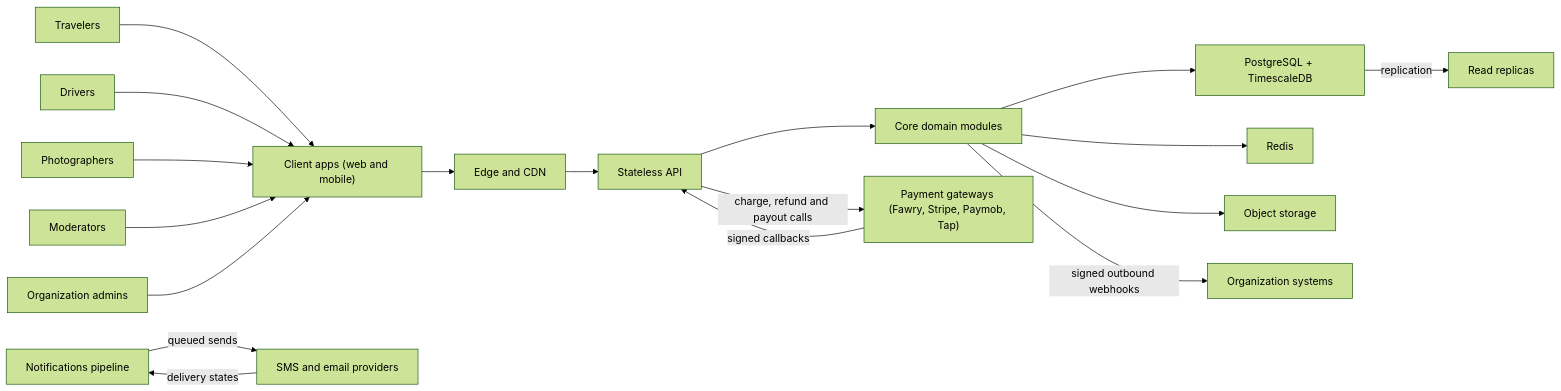
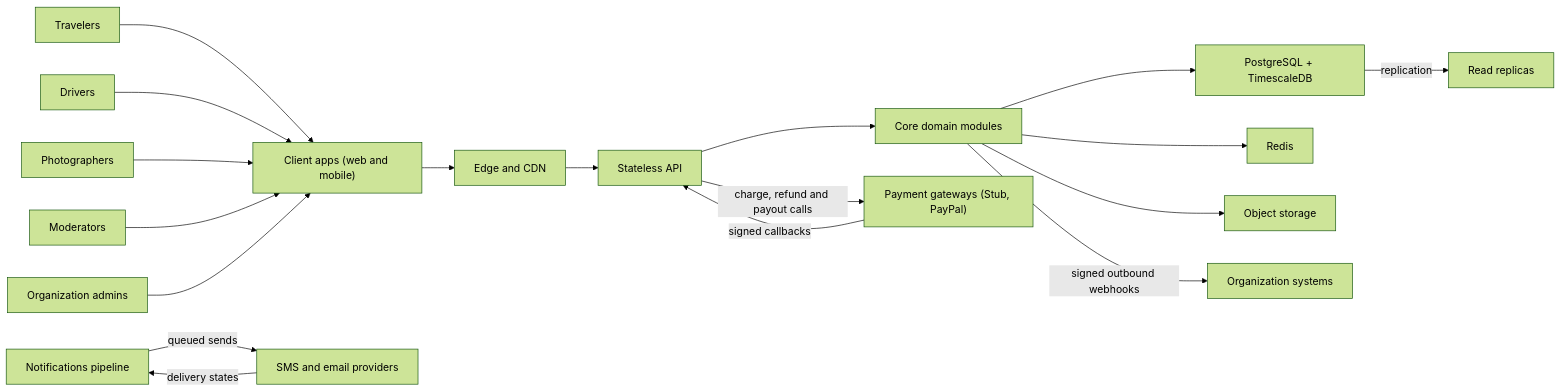
The second of 2 diagrams in content/docs/architecture/index.mdx (mohamedhabibwork/trips-enjoy-docs), drawn with Mermaid (forest theme) before and after one commit. The commit also changed other lines of this file and 117 other files, not shown here.

````diff
--- a/content/docs/architecture/index.mdx
+++ b/content/docs/architecture/index.mdx
@@ -115,20 +115,20 @@
 ```mermaid
 flowchart LR
   T[Travelers] --> Apps
   D[Drivers] --> Apps
   PH[Photographers] --> Apps
   MO[Moderators] --> Apps
   OA["Organization admins"] --> Apps
   Apps["Client apps (web and mobile)"] --> Edge["Edge and CDN"]
   Edge --> API["Stateless API"]
   API --> Core["Core domain modules"]
   Core --> DB["PostgreSQL + TimescaleDB"]
   DB -->|"replication"| RR["Read replicas"]
   Core --> Redis[Redis]
   Core --> Store["Object storage"]
-  Pay["Payment gateways (Fawry, Stripe, Paymob, Tap)"] -->|"signed callbacks"| API
+  Pay["Payment gateways (Stub, PayPal)"] -->|"signed callbacks"| API
   API -->|"charge, refund and payout calls"| Pay
   Ntf["Notifications pipeline"] -->|"queued sends"| Msg["SMS and email providers"]
   Msg -->|"delivery states"| Ntf
   Core -->|"signed outbound webhooks"| Org["Organization systems"]
 ```
````
